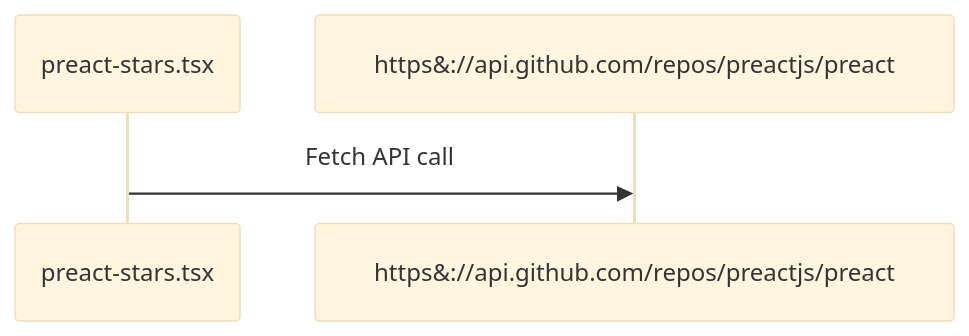
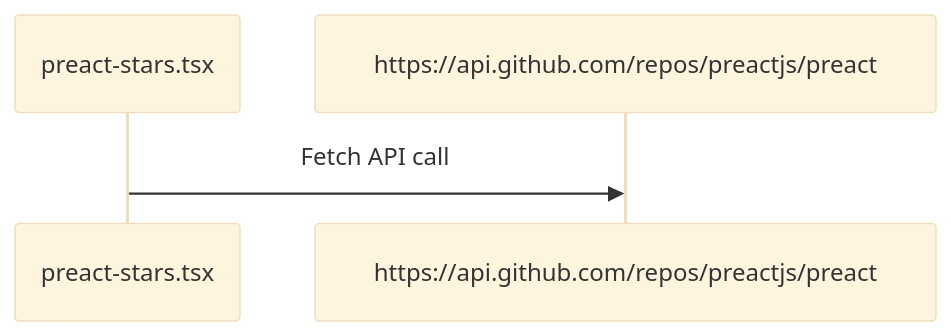
Before and after one commit to Gonzalo8642/code-structure-visualizer: the second of 2 diagrams in README.md, drawn with Mermaid (base theme). The commit also changed other lines of this file and 2 other files, not shown here.

````diff
--- a/README.md
+++ b/README.md
@@ -29,5 +31,5 @@
 ```mermaid
 sequenceDiagram
   /preact-stars.tsx->>"https_//api.github.com/repos/preactjs/preact": Fetch API call
-  participant "https_//api.github.com/repos/preactjs/preact" as https&#58;//api.github.com/repos/preactjs/preact
+  participant "https_//api.github.com/repos/preactjs/preact" as https#58;//api.github.com/repos/preactjs/preact
 ```
````
